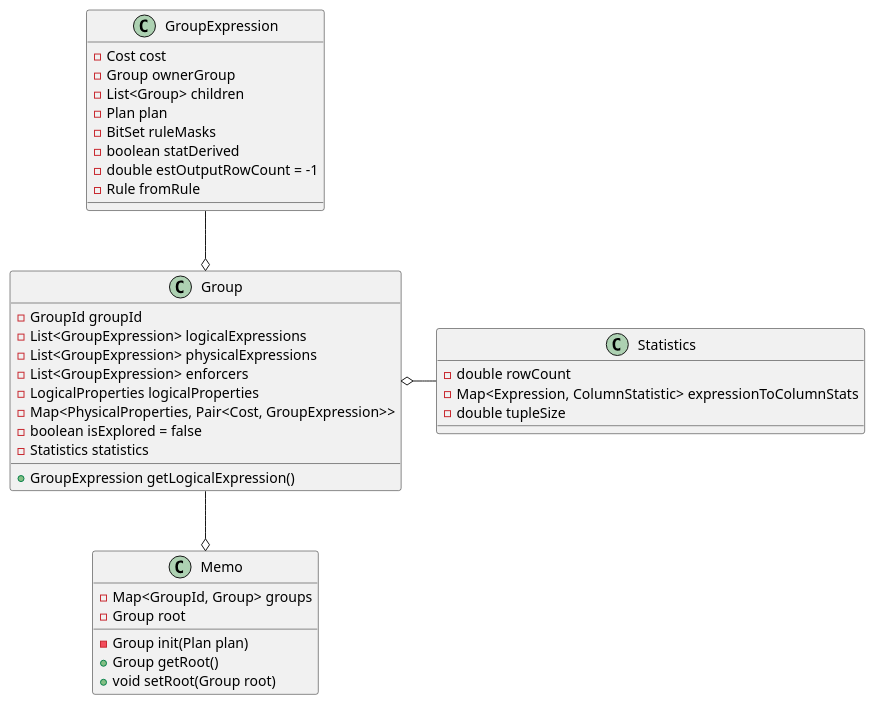
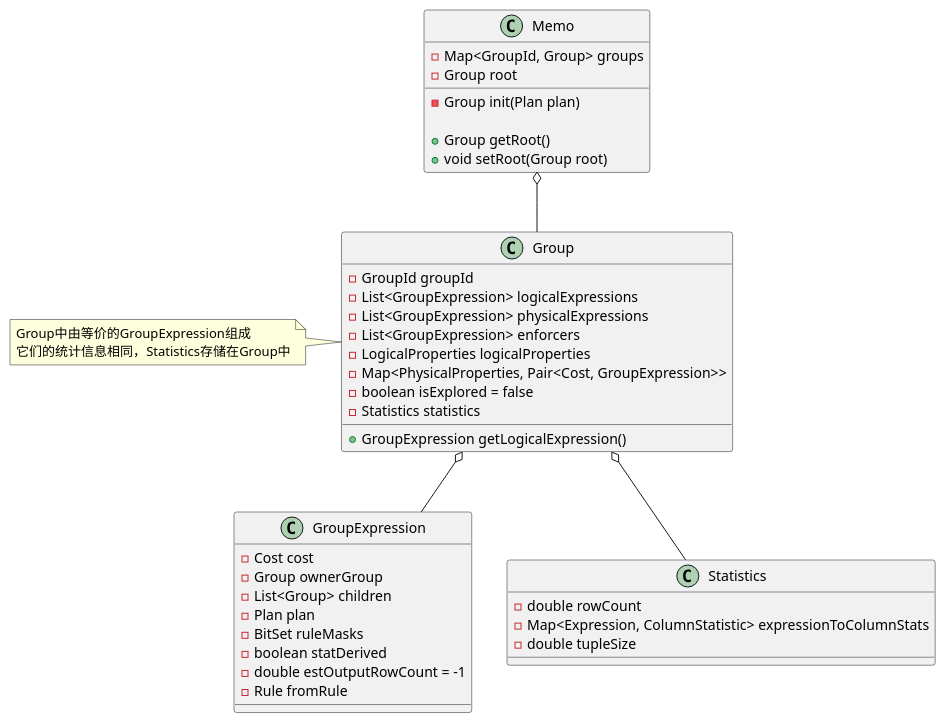
The second of 3 diagrams in doc/DB/Doris/SourceRead/02_01_Optimize_Memo.md (DepInjoy/geektime), drawn with PlantUML before and after one commit. The commit also changed other lines of this file, not shown here.

Commit message:
Doris Memo

````diff
--- a/doc/DB/Doris/SourceRead/02_01_Optimize_Memo.md
+++ b/doc/DB/Doris/SourceRead/02_01_Optimize_Memo.md
@@ -17,44 +89,46 @@
 ```plantuml
 @startuml
 class Memo {
     - Map<GroupId, Group> groups
     - Group root
     - Group init(Plan plan)
+
     + Group getRoot()
     + void setRoot(Group root)
 }
 
 class Group {
     - GroupId groupId
     - List<GroupExpression> logicalExpressions
     - List<GroupExpression> physicalExpressions
     - List<GroupExpression> enforcers
     - LogicalProperties logicalProperties
     - Map<PhysicalProperties, Pair<Cost, GroupExpression>>
     - boolean isExplored = false
     - Statistics statistics
     + GroupExpression getLogicalExpression()
 }
+note left: Group中由等价的GroupExpression组成\n它们的统计信息相同，Statistics存储在Group中
 
 class GroupExpression {
     - Cost cost
     - Group ownerGroup
     - List<Group> children
     - Plan plan
     - BitSet ruleMasks
     - boolean statDerived
     - double estOutputRowCount = -1
     - Rule fromRule
 }
 
 class Statistics {
     - double rowCount
     - Map<Expression, ColumnStatistic> expressionToColumnStats
     - double tupleSize
 }
 
-Group -down-o Memo
-GroupExpression -down-o Group
-Statistics -left-o Group
+Group -up-o Memo
+GroupExpression -up-o Group
+Statistics -up-o Group
 @enduml
 ```
````
